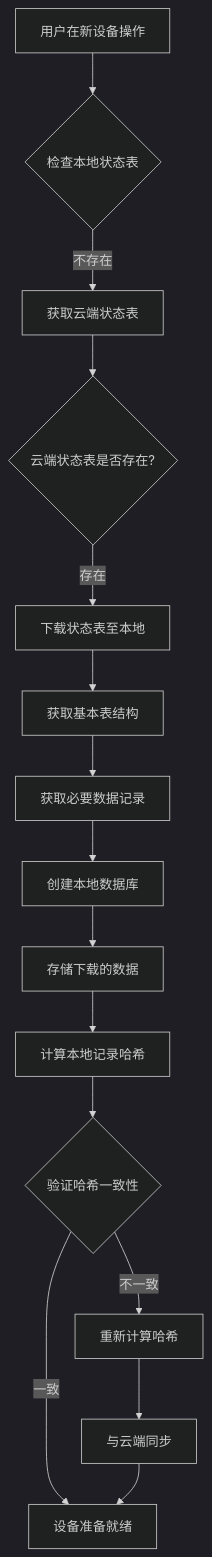
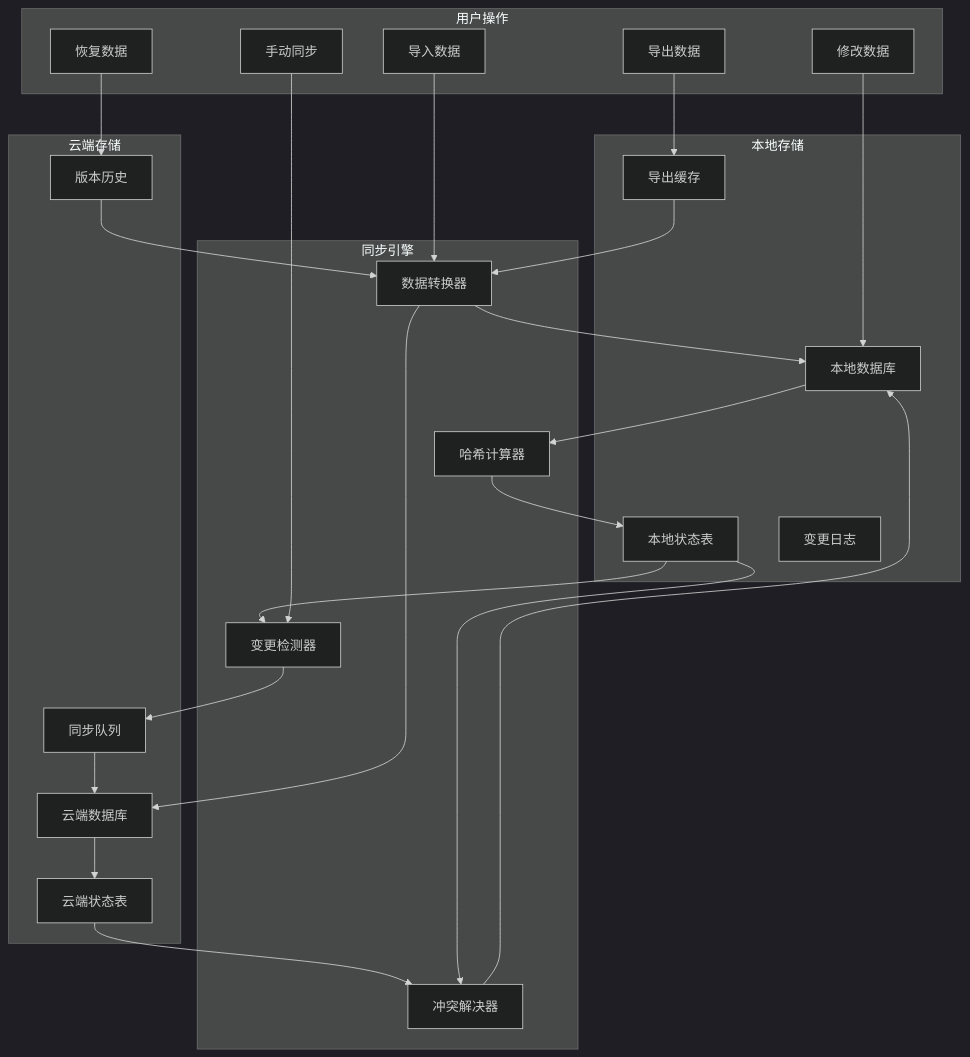
Before and after one commit to yingjianzh/iodraw-files: the diagram in all/未命名-42.md, drawn with Mermaid (dark theme).

Commit message:
2025-04-24 15:43:28 update

````diff
--- a/all/未命名-42.md
+++ b/all/未命名-42.md
@@ -1,23 +1,54 @@
 ```mermaid
 flowchart TD
-    Start[用户在新设备操作] --> CheckLocalState{检查本地状态表}
-    CheckLocalState -- 不存在 --> FetchCloudState[获取云端状态表]
+    subgraph 本地存储
+        LocalDB[本地数据库]
+        LocalState[本地状态表]
+        ChangeLog[变更日志]
+        ExportCache[导出缓存]
+    end
     
-    FetchCloudState --> TableExistsCheck{云端状态表是否存在?}
-    TableExistsCheck -- 存在 --> DownloadState[下载状态表至本地]
+    subgraph 云端存储
+        CloudDB[云端数据库]
+        CloudState[云端状态表]
+        SyncQueue[同步队列]
+        VersionHistory[版本历史]
+    end
     
-    DownloadState --> FetchInitialTables[获取基本表结构]
-    FetchInitialTables --> FetchNeededRecords[获取必要数据记录]
+    subgraph 同步引擎
+        HashCalculator[哈希计算器]
+        ChangesDetector[变更检测器]
+        ConflictResolver[冲突解决器]
+        DataTransformer[数据转换器]
+    end
     
-    FetchNeededRecords --> CreateLocalDB[创建本地数据库]
-    CreateLocalDB --> StoreDownloadedData[存储下载的数据]
+    subgraph 用户操作
+        Modify[修改数据]
+        Export[导出数据]
+        Import[导入数据]
+        SyncCommand[手动同步]
+        Restore[恢复数据]
+    end
     
-    StoreDownloadedData --> ComputeLocalHashes[计算本地记录哈希]
-    ComputeLocalHashes --> VerifyConsistency{验证哈希一致性}
+    Modify --> LocalDB
+    LocalDB --> HashCalculator
+    HashCalculator --> LocalState
+    LocalState --> ChangesDetector
     
-    VerifyConsistency -- 一致 --> ReadyToUse[设备准备就绪]
-    VerifyConsistency -- 不一致 --> RecomputeHashes[重新计算哈希]
-    RecomputeHashes --> SyncWithCloud[与云端同步]
+    ChangesDetector --> SyncQueue
+    SyncQueue --> CloudDB
+    CloudDB --> CloudState
     
-    SyncWithCloud --> ReadyToUse
+    Export --> ExportCache
+    ExportCache --> DataTransformer
+    Import --> DataTransformer
+    DataTransformer --> LocalDB
+    DataTransformer --> CloudDB
+    
+    SyncCommand --> ChangesDetector
+    CloudState --> ConflictResolver
+    LocalState --> ConflictResolver
+    ConflictResolver --> LocalDB
+    
+    Restore --> VersionHistory
+    VersionHistory --> DataTransformer
 ```
````
